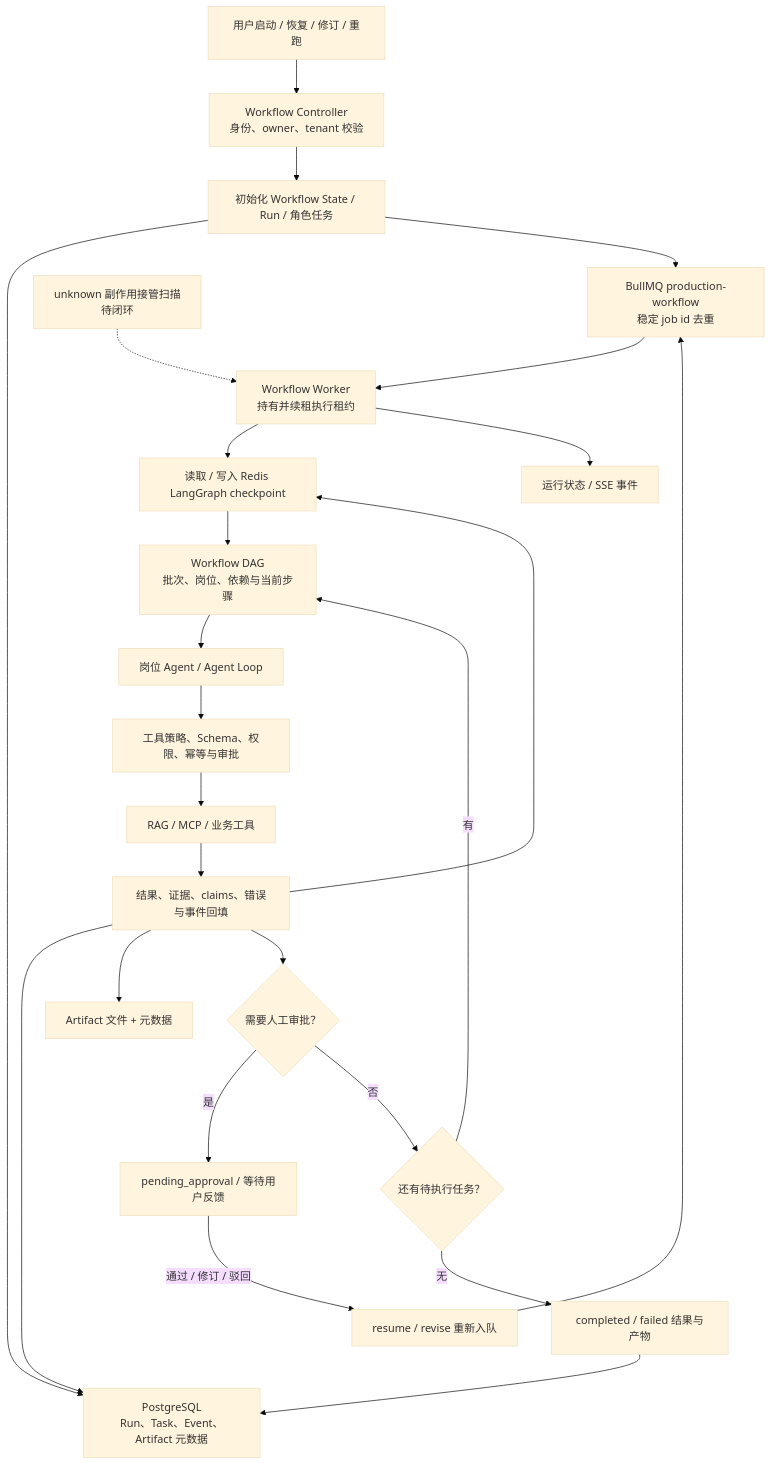
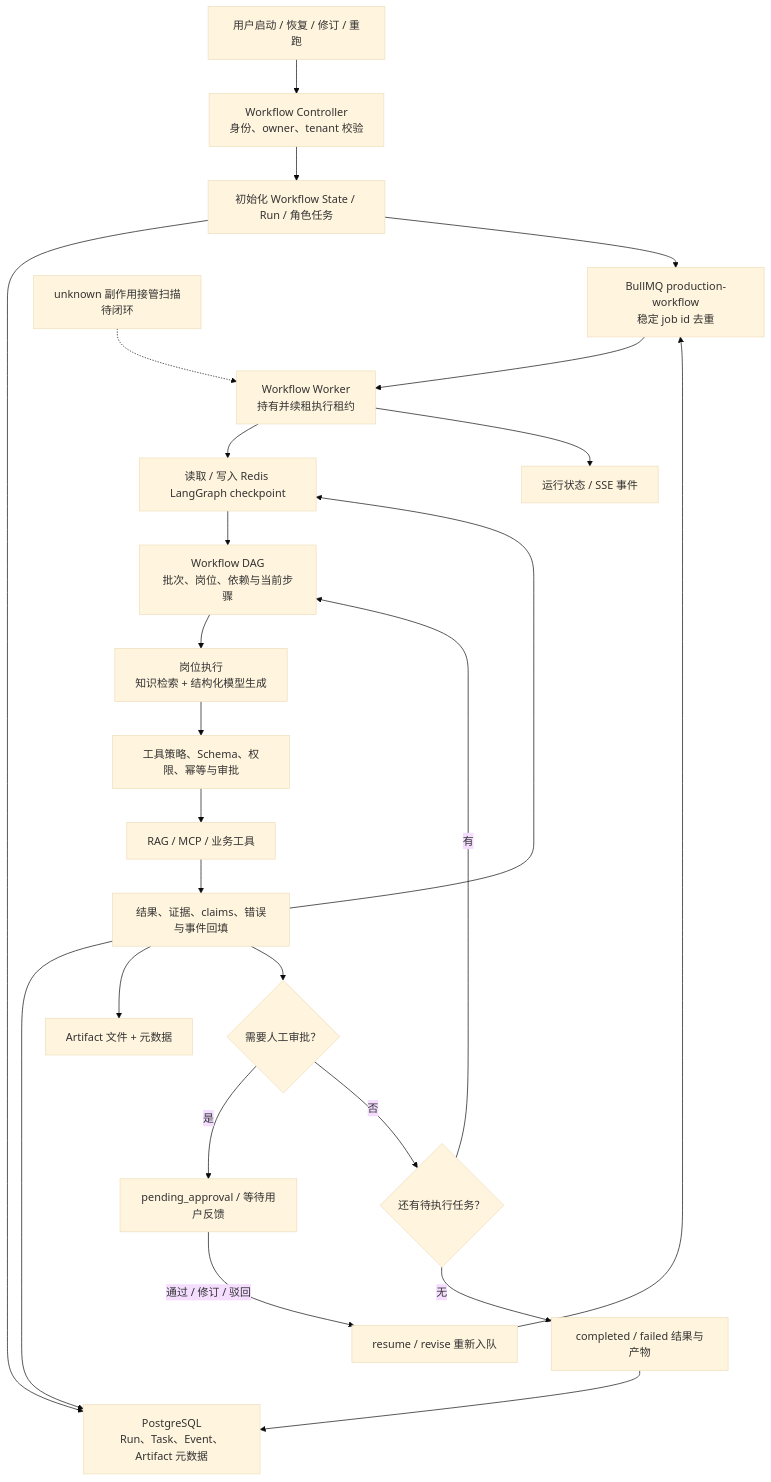
One commit to monstereatai/RAG changed the fourth of 9 diagrams in docs/architecture/ARCHITECTURE.md. Above: the diagram before and after it, drawn with Mermaid (base theme). The commit also changed other lines of this file and 35 other files, not shown here.

````diff
--- a/docs/architecture/ARCHITECTURE.md
+++ b/docs/architecture/ARCHITECTURE.md
@@ -224,27 +224,27 @@
 ```mermaid
 flowchart TB
   Client["用户启动 / 恢复 / 修订 / 重跑"] --> API["Workflow Controller<br/>身份、owner、tenant 校验"]
   API --> Init["初始化 Workflow State / Run / 角色任务"]
   Init --> PG["PostgreSQL<br/>Run、Task、Event、Artifact 元数据"]
   Init --> Queue["BullMQ production-workflow<br/>稳定 job id 去重"]
   Queue --> Worker["Workflow Worker<br/>持有并续租执行租约"]
   Worker --> Checkpoint["读取 / 写入 Redis LangGraph checkpoint"]
   Checkpoint --> DAG["Workflow DAG<br/>批次、岗位、依赖与当前步骤"]
-  DAG --> Role["岗位 Agent / Agent Loop"]
+  DAG --> Role["岗位执行<br/>知识检索 + 结构化模型生成"]
   Role --> Policy["工具策略、Schema、权限、幂等与审批"]
   Policy --> Tools["RAG / MCP / 业务工具"]
   Tools --> State["结果、证据、claims、错误与事件回填"]
   State --> Checkpoint
   State --> PG
   State --> Artifact["Artifact 文件 + 元数据"]
   State --> Gate{"需要人工审批？"}
   Gate -->|是| Wait["pending_approval / 等待用户反馈"]
   Wait -->|通过 / 修订 / 驳回| Resume["resume / revise 重新入队"]
   Resume --> Queue
   Gate -->|否| Finish{"还有待执行任务？"}
   Finish -->|有| DAG
   Finish -->|无| Result["completed / failed 结果与产物"]
   Result --> PG
   Worker --> Events["运行状态 / SSE 事件"]
   Reconcile["unknown 副作用接管扫描<br/>待闭环"] -.-> Worker
 ```
````
